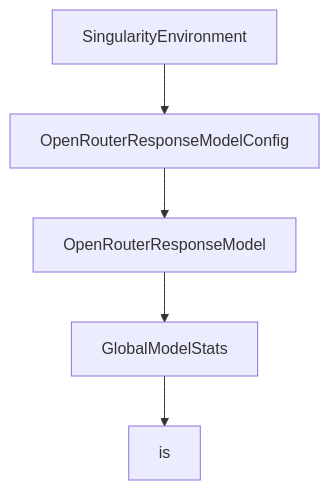
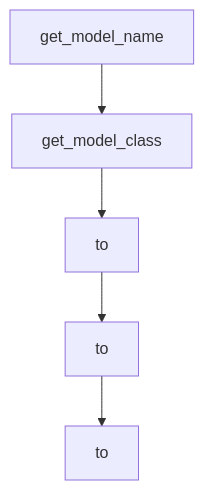
One commit to johnxie/awesome-code-docs changed the diagram in tutorials/mini-swe-agent-tutorial/06-benchmarking-and-swe-bench-practices.md. Above: the diagram before and after it, drawn with Mermaid. The commit also changed other lines of this file and 1232 other files, not shown here.

````diff
--- a/tutorials/mini-swe-agent-tutorial/06-benchmarking-and-swe-bench-practices.md
+++ b/tutorials/mini-swe-agent-tutorial/06-benchmarking-and-swe-bench-practices.md
@@ -213,12 +211,12 @@
 ```mermaid
 flowchart TD
-    A[SingularityEnvironment]
-    B[OpenRouterResponseModelConfig]
-    C[OpenRouterResponseModel]
-    D[GlobalModelStats]
-    E[is]
+    A[get_model_name]
+    B[get_model_class]
+    C[to]
+    D[to]
+    E[to]
     A --> B
     B --> C
     C --> D
     D --> E
 ```
````
